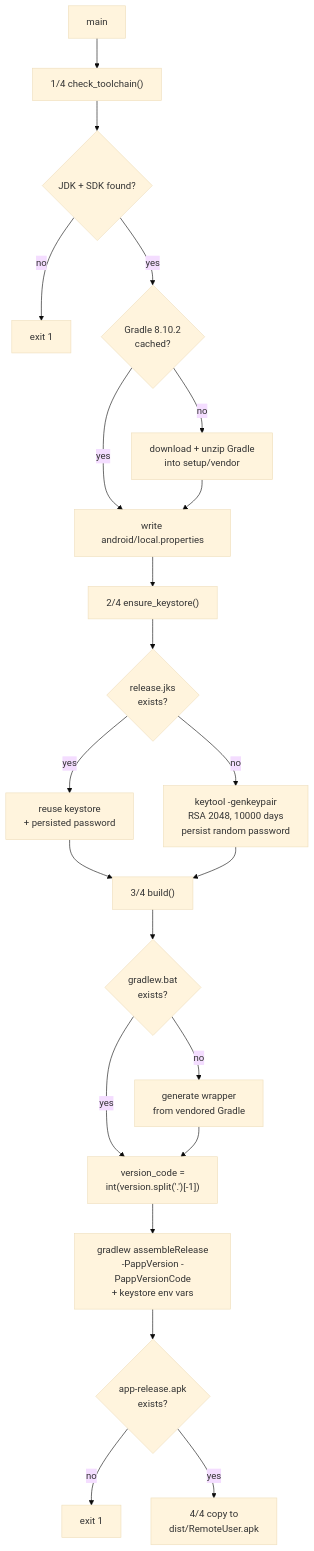
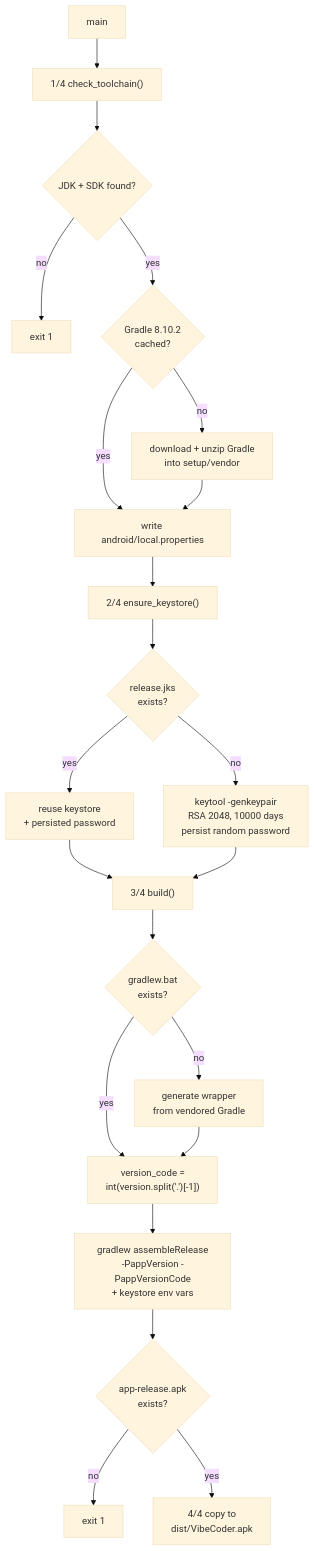
One commit to UVuruna/Remote-User changed the diagram in setup/__flow/build_apk.md. Above: the diagram before and after it, drawn with Mermaid (base theme). The commit also changed other lines of this file and 126 other files, not shown here.

````diff
--- a/setup/__flow/build_apk.md
+++ b/setup/__flow/build_apk.md
@@ -7,24 +7,24 @@
 ```mermaid
 flowchart TB
     A[main] --> B["1/4  check_toolchain()"]
     B --> C{JDK + SDK found?}
     C -- no --> X1[exit 1]
     C -- yes --> D{Gradle 8.10.2\ncached?}
     D -- no --> E[download + unzip Gradle\ninto setup/vendor]
     D -- yes --> F
     E --> F[write android/local.properties]
     F --> G["2/4  ensure_keystore()"]
     G --> H{release.jks\nexists?}
     H -- yes --> I[reuse keystore\n+ persisted password]
     H -- no --> J["keytool -genkeypair\nRSA 2048, 10000 days\npersist random password"]
     I --> K
     J --> K["3/4  build()"]
     K --> L{gradlew.bat\nexists?}
     L -- no --> M[generate wrapper\nfrom vendored Gradle]
     L -- yes --> N
     M --> N["version_code =\nint(version.split('.')[-1])"]
     N --> O["gradlew assembleRelease\n-PappVersion -PappVersionCode\n+ keystore env vars"]
     O --> P{app-release.apk\nexists?}
     P -- no --> X2[exit 1]
-    P -- yes --> Q["4/4  copy to\ndist/RemoteUser.apk"]
+    P -- yes --> Q["4/4  copy to\ndist/VibeCoder.apk"]
 ```
````
